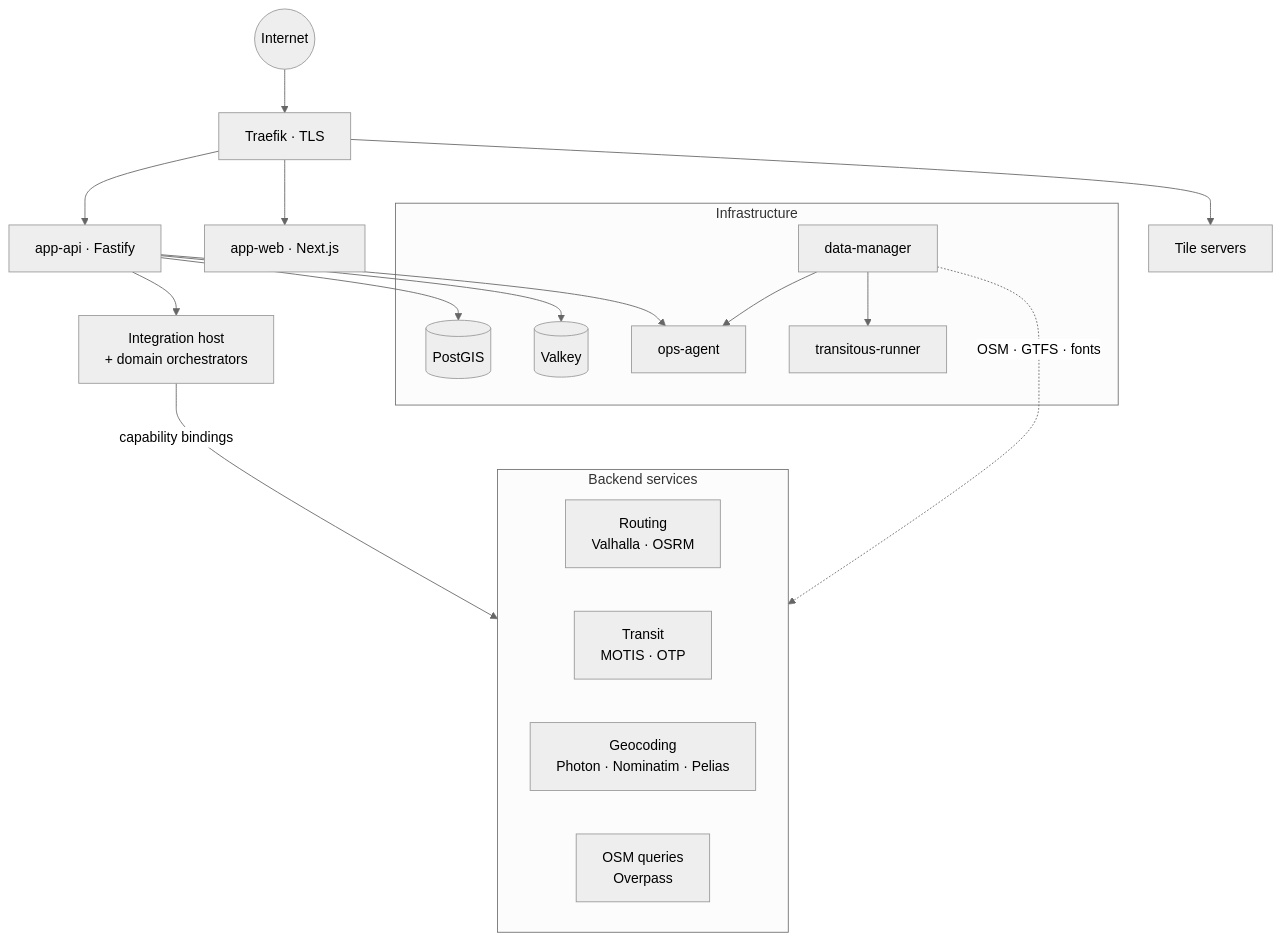
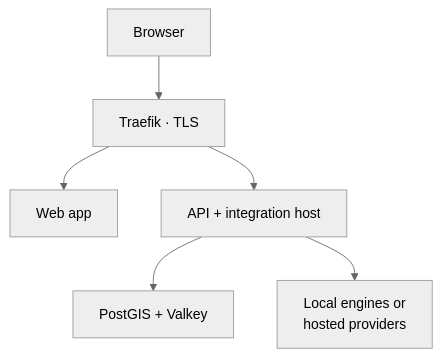
One commit to OpenMapX/openmapx changed the diagram in docs/docs/overview/how-it-works.md. Above: the diagram before and after it, drawn with Mermaid (neutral theme). The commit also changed other lines of this file and 156 other files, not shown here.

````diff
--- a/docs/docs/overview/how-it-works.md
+++ b/docs/docs/overview/how-it-works.md
@@ -48,32 +56,10 @@
 ```mermaid
-graph TD
-    Internet((Internet)) --> Traefik["Traefik · TLS"]
-    Traefik --> Web["app-web · Next.js"]
-    Traefik --> API["app-api · Fastify"]
-    Traefik --> Tiles["Tile servers"]
-
-    API --> Host["Integration host<br/>+ domain orchestrators"]
-    Host -->|capability bindings| Engines
-
-    subgraph Engines["Backend services"]
-      Routing["Routing<br/>Valhalla · OSRM"]
-      Transit["Transit<br/>MOTIS · OTP"]
-      Geocoding["Geocoding<br/>Photon · Nominatim · Pelias"]
-      Queries["OSM queries<br/>Overpass"]
-    end
-
-    subgraph Infra["Infrastructure"]
-      PG[("PostGIS")]
-      Cache[("Valkey")]
-      DM["data-manager"]
-      Ops["ops-agent"]
-      TR["transitous-runner"]
-    end
-
-    API --> PG
-    API --> Cache
-    API --> Ops
-    DM --> Ops
-    DM --> TR
-    DM -.->|OSM · GTFS · fonts| Engines
+flowchart TD
+    accTitle: Application request path
+    accDescr: Traefik routes browser requests to the web app and API. The API uses PostGIS, Valkey, enabled local engines, and configured hosted providers.
+    Browser["Browser"] --> Proxy["Traefik · TLS"]
+    Proxy --> Web["Web app"]
+    Proxy --> API["API + integration host"]
+    API --> Storage["PostGIS + Valkey"]
+    API --> Providers["Local engines or<br/>hosted providers"]
 ```
````
